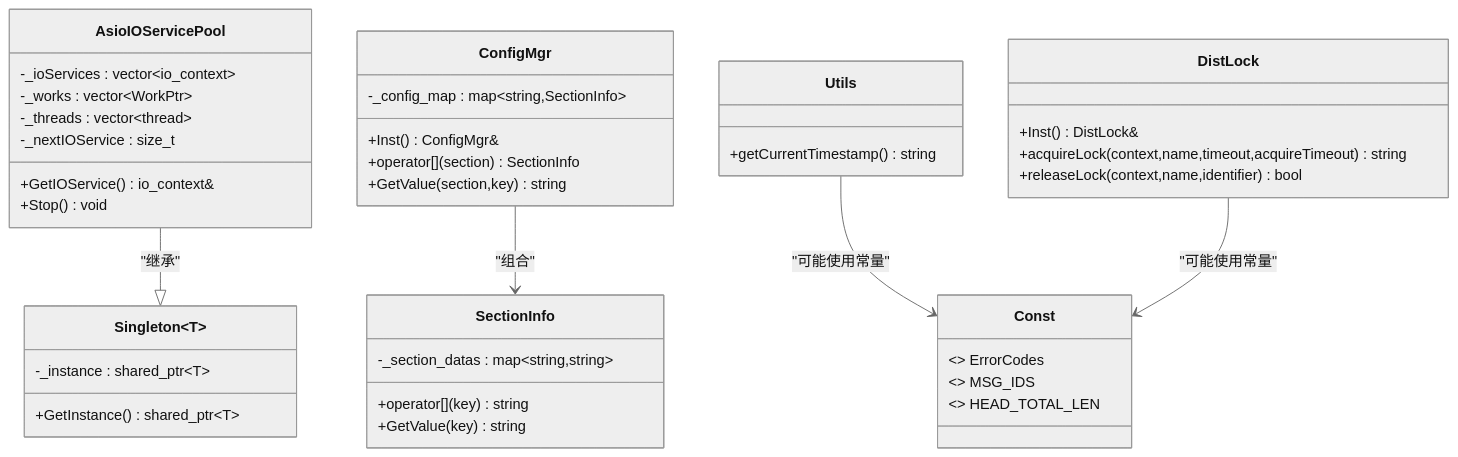
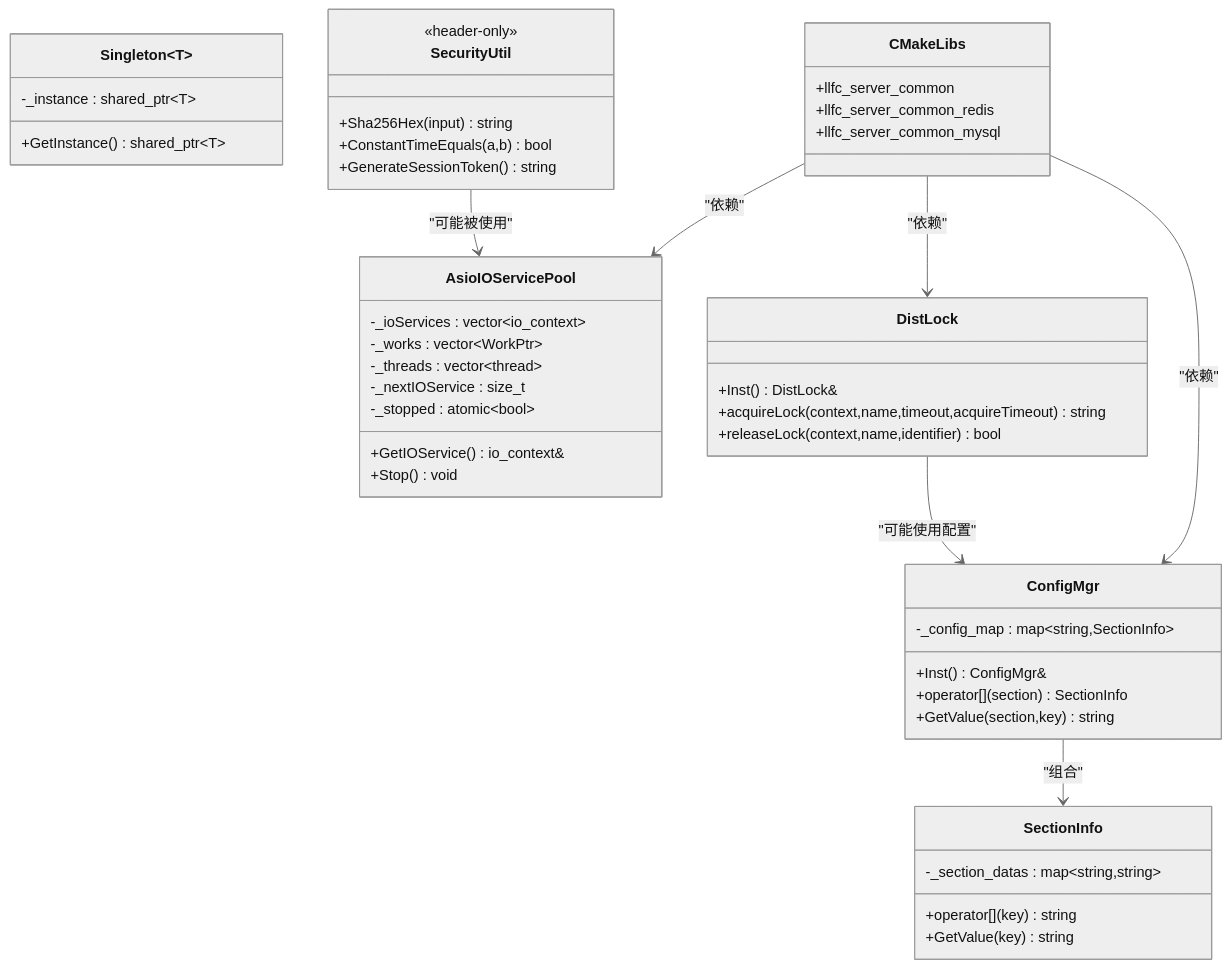
Before and after one commit to echo9923/mychatter: the second of 9 diagrams in .qoder/repowiki/zh/content/服务端开发/通用组件和工具/通用组件和工具.md, drawn with Mermaid (neutral theme). The commit also changed other lines of this file and 107 other files, not shown here.

````diff
--- a/.qoder/repowiki/zh/content/服务端开发/通用组件和工具/通用组件和工具.md
+++ b/.qoder/repowiki/zh/content/服务端开发/通用组件和工具/通用组件和工具.md
@@ -115,43 +122,49 @@
 ```mermaid
 classDiagram
 class Singleton~T~ {
 +GetInstance() shared_ptr~T~
 -_instance : shared_ptr~T~
 }
 class AsioIOServicePool {
 +GetIOService() io_context&
 +Stop() void
 -_ioServices : vector~io_context~
 -_works : vector~WorkPtr~
 -_threads : vector~thread~
 -_nextIOService : size_t
+-_stopped : atomic~bool~
 }
 class ConfigMgr {
 +Inst() ConfigMgr&
 +operator[](section) SectionInfo
 +GetValue(section,key) string
 -_config_map : map~string,SectionInfo~
 }
 class SectionInfo {
 +operator[](key) string
 +GetValue(key) string
 -_section_datas : map~string,string~
 }
-class Utils {
-+getCurrentTimestamp() string
-}
-class Const {
-<<enum>> ErrorCodes
-<<enum>> MSG_IDS
-<<macro>> HEAD_TOTAL_LEN
-}
 class DistLock {
 +Inst() DistLock&
 +acquireLock(context,name,timeout,acquireTimeout) string
 +releaseLock(context,name,identifier) bool
 }
-AsioIOServicePool --|> Singleton~AsioIOServicePool~ : "继承"
+class SecurityUtil {
+<<header-only>>
++Sha256Hex(input) string
++ConstantTimeEquals(a,b) bool
++GenerateSessionToken() string
+}
+class CMakeLibs {
++llfc_server_common
++llfc_server_common_redis
++llfc_server_common_mysql
+}
 ConfigMgr --> SectionInfo : "组合"
-Utils --> Const : "可能使用常量"
-DistLock --> Const : "可能使用常量"
+DistLock --> ConfigMgr : "可能使用配置"
+SecurityUtil --> AsioIOServicePool : "可能被使用"
+CMakeLibs --> AsioIOServicePool : "依赖"
+CMakeLibs --> ConfigMgr : "依赖"
+CMakeLibs --> DistLock : "依赖"
 ```
````
